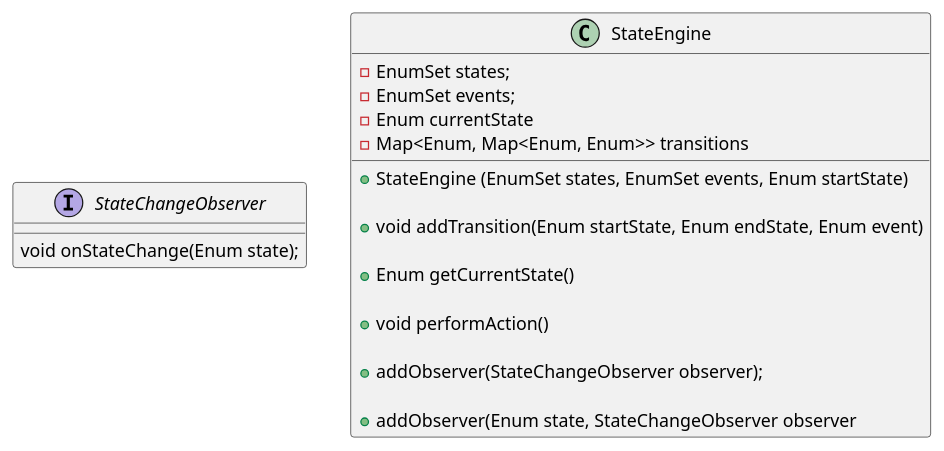
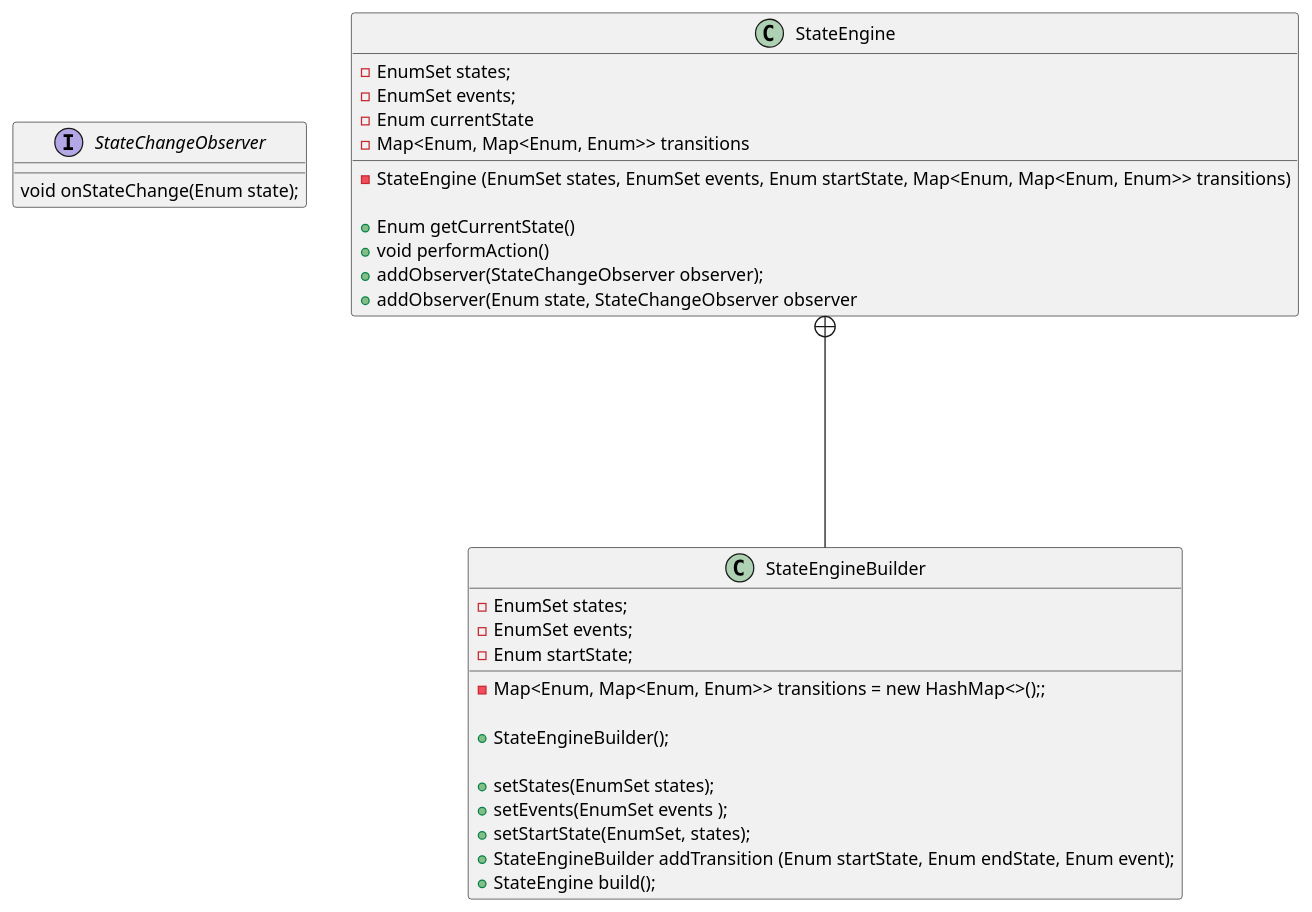
The diagram in class_diagram.pu (mdgriffin/Design-Patterns), drawn with PlantUML before and after one commit. The commit also changed 2 other files, not shown here.

Commit message:
Refactored StateEngine to use builder for building state machine

```diff
--- a/class_diagram.pu
+++ b/class_diagram.pu
@@ -1,24 +1,36 @@
 @startuml
 Interface StateChangeObserver {
     void onStateChange(Enum state);
 }
 
 Class StateEngine {
     -EnumSet states;
     -EnumSet events;
     -Enum currentState
     -Map<Enum, Map<Enum, Enum>> transitions
 
-    +StateEngine (EnumSet states, EnumSet events, Enum startState)
-
-    +void addTransition(Enum startState, Enum endState, Enum event)
+    -StateEngine (EnumSet states, EnumSet events, Enum startState, Map<Enum, Map<Enum, Enum>> transitions)
 
     +Enum getCurrentState()
-
     +void performAction()
-
     +addObserver(StateChangeObserver observer);
-
     +addObserver(Enum state, StateChangeObserver observer
 }
+
+class StateEngineBuilder {
+    -EnumSet states;
+    -EnumSet events;
+    -Enum startState;
+    -Map<Enum, Map<Enum, Enum>> transitions = new HashMap<>();;
+
+    +StateEngineBuilder();
+
+    +setStates(EnumSet states);
+    +setEvents(EnumSet events );
+    +setStartState(EnumSet, states);
+    +StateEngineBuilder addTransition (Enum startState, Enum endState, Enum event);
+    +StateEngine build();
+}
+
+StateEngine+----StateEngineBuilder
 @enduml
```
